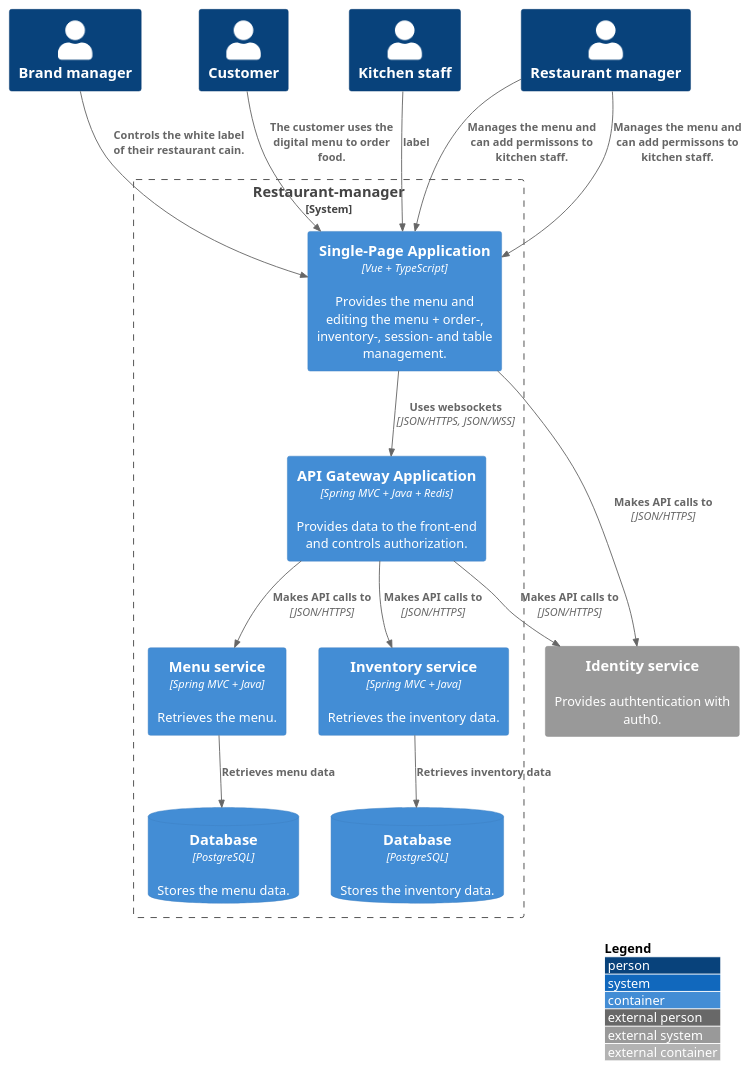
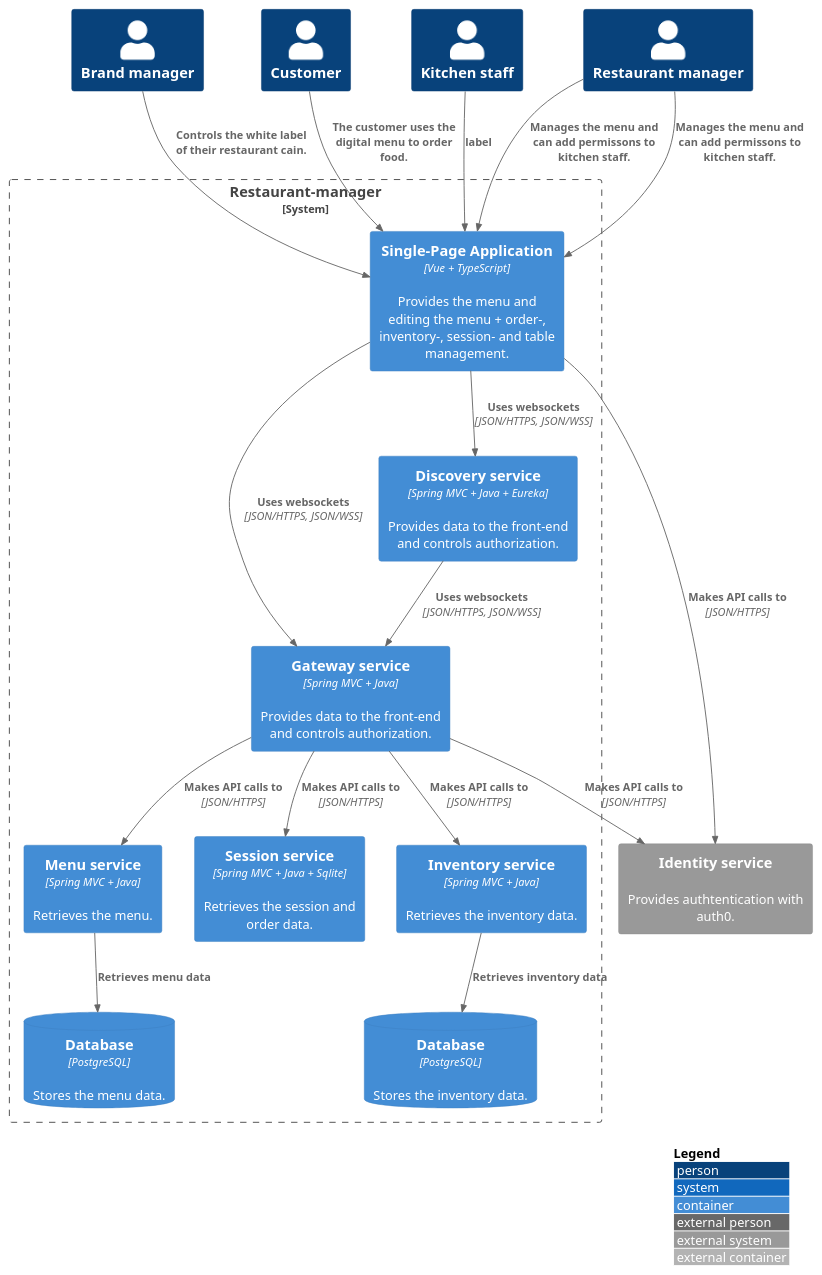
The diagram in diagrams/container.puml (FHICT-Owen/S3-GPS-DOCS), drawn with PlantUML before and after one commit. The commit also changed 1 other file, not shown here.

Commit message:
added service discovery and session service + minor changes

```diff
--- a/diagrams/container.puml
+++ b/diagrams/container.puml
@@ -1,42 +1,48 @@
 @startuml C4_Elements
 !include https://raw.githubusercontent.com/plantuml-stdlib/C4-PlantUML/master/C4_Container.puml
 
 LAYOUT_WITH_LEGEND()
 
 Person(brand, "Brand manager")
 Person(customer, "Customer")
 Person(staff, "Kitchen staff")
 Person(manager, "Restaurant manager")
 
 System_Ext(identity, "Identity service", "Provides authtentication with auth0.")
 
 System_Boundary(boundry, "Restaurant-manager"){
 	Container(spa, "Single-Page Application", "Vue + TypeScript", "Provides the menu and editing the menu + order-, inventory-, session- and table management.")
 
-	Container(api, "API Gateway Application", "Spring MVC + Java + Redis", "Provides data to the front-end and controls authorization.")
+	Container(gateway, "Gateway service", "Spring MVC + Java", "Provides data to the front-end and controls authorization.")
+	Container(discovery, "Discovery service", "Spring MVC + Java + Eureka", "Provides data to the front-end and controls authorization.")
 
 	Container(menu_service, "Menu service", "Spring MVC + Java", "Retrieves the menu.")
+	Container(session_service, "Session service", "Spring MVC + Java + Sqlite", "Retrieves the session and order data.")
 	Container(inventory_service, "Inventory service", "Spring MVC + Java", "Retrieves the inventory data.")
 
 	ContainerDb(menu_db, "Database", "PostgreSQL", "Stores the menu data.")
 	ContainerDb(inventory_db, "Database", "PostgreSQL", "Stores the inventory data.")
 }
 
 Rel(customer, spa, "The customer uses the digital menu to order food.")
 Rel(staff, spa, "label")
 Rel(manager, spa, "Manages the menu and can add permissons to kitchen staff.")
 Rel(manager, spa, "Manages the menu and can add permissons to kitchen staff.")
 Rel(brand, spa, "Controls the white label of their restaurant cain.")
 
-Rel(spa, api, "Uses websockets", "JSON/HTTPS, JSON/WSS")
+Rel(spa, gateway, "Uses websockets", "JSON/HTTPS, JSON/WSS")
+Rel(spa, discovery, "Uses websockets", "JSON/HTTPS, JSON/WSS")
 
-Rel(api, identity, "Makes API calls to", "JSON/HTTPS")
 Rel(spa, identity, "Makes API calls to", "JSON/HTTPS")
+Rel(gateway, identity, "Makes API calls to", "JSON/HTTPS")
 
-Rel(api, menu_service, "Makes API calls to", "JSON/HTTPS")
-Rel(api, inventory_service, "Makes API calls to", "JSON/HTTPS")
+Rel(discovery, gateway, "Uses websockets", "JSON/HTTPS, JSON/WSS")
+
+Rel(gateway, menu_service, "Makes API calls to", "JSON/HTTPS")
+Rel(gateway, session_service, "Makes API calls to", "JSON/HTTPS")
+Rel(gateway, inventory_service, "Makes API calls to", "JSON/HTTPS")
 
 Rel(menu_service, menu_db, "Retrieves menu data")
 Rel(inventory_service, inventory_db, "Retrieves inventory data")
 
 @enduml
```
